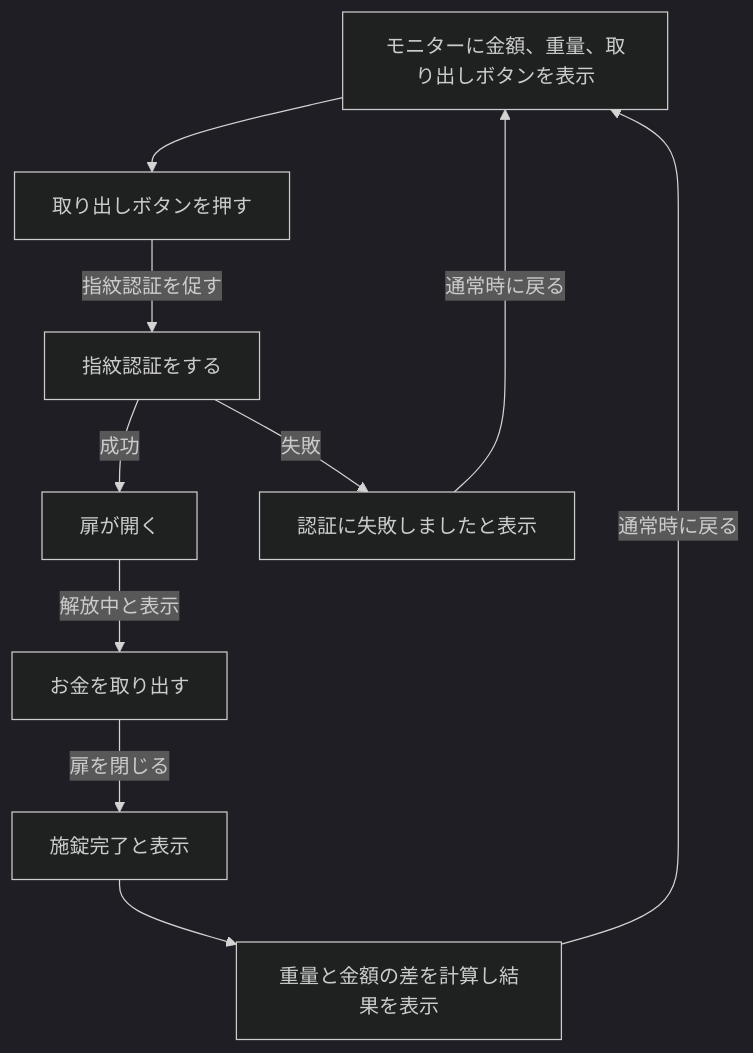
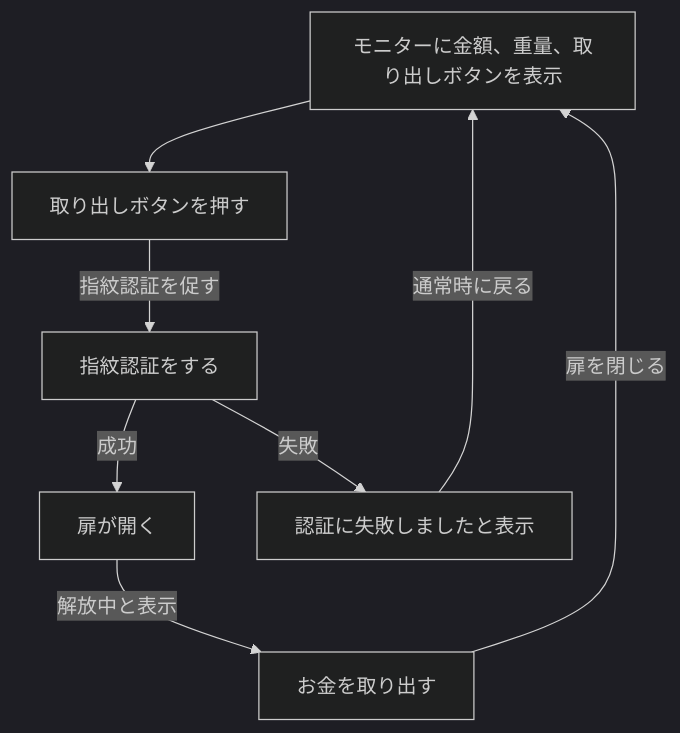
The diagram in README.md (yomoda0224/Loadcell_piggybunk), drawn with Mermaid (dark theme) before and after one commit. The commit also changed other lines of this file, not shown here.

````diff
--- a/README.md
+++ b/README.md
@@ -33,12 +33,10 @@
 ``` mermaid
 graph TD;
     A[モニターに金額、重量、取り出しボタンを表示] --> B[取り出しボタンを押す]
     B --指紋認証を促す--> C[指紋認証をする]
     C --成功--> D[扉が開く]
     D --解放中と表示--> E[お金を取り出す]
-    E --扉を閉じる--> F[施錠完了と表示]
-    F --> G[重量と金額の差を計算し結果を表示]
-    G --通常時に戻る--> A
+    E --扉を閉じる--> A
     C --失敗--> I[認証に失敗しましたと表示]
     I --通常時に戻る--> A
 ```
````
